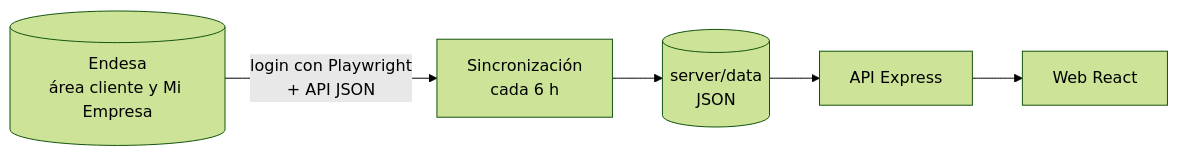
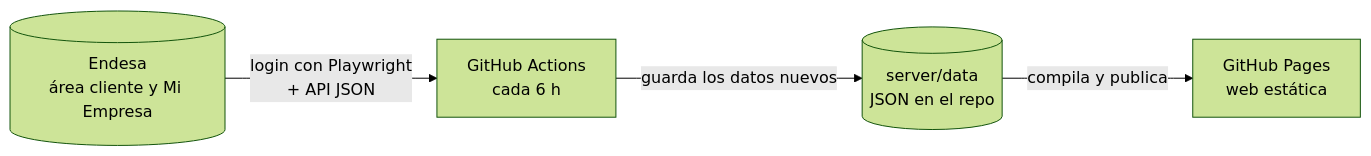
The diagram in README.md (ivangarmar22/dashboardComunidad), drawn with Mermaid (forest theme) before and after one commit. The commit also changed other lines of this file and 19 other files, not shown here.

First line of the commit message:
Publicar web estática en GitHub Pages

````diff
--- a/README.md
+++ b/README.md
@@ -38,13 +38,11 @@
 ```mermaid
 flowchart LR
   E[(Endesa<br/>área cliente y Mi Empresa)]
-  S[Sincronización<br/>cada 6 h]
-  D[(server/data<br/>JSON)]
-  A[API Express]
-  W[Web React]
+  S[GitHub Actions<br/>cada 6 h]
+  D[(server/data<br/>JSON en el repo)]
+  P[GitHub Pages<br/>web estática]
 
   E -- login con Playwright<br/>+ API JSON --> S
-  S --> D
-  D --> A
-  A --> W
+  S -- guarda los datos nuevos --> D
+  D -- compila y publica --> P
 ```
````
